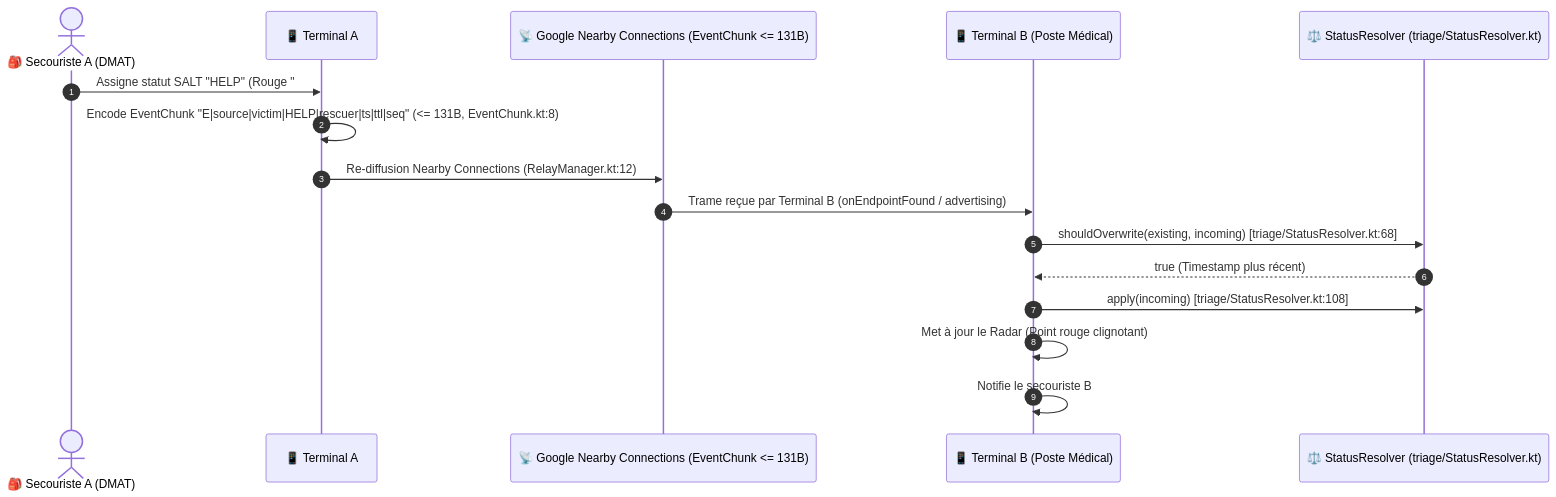
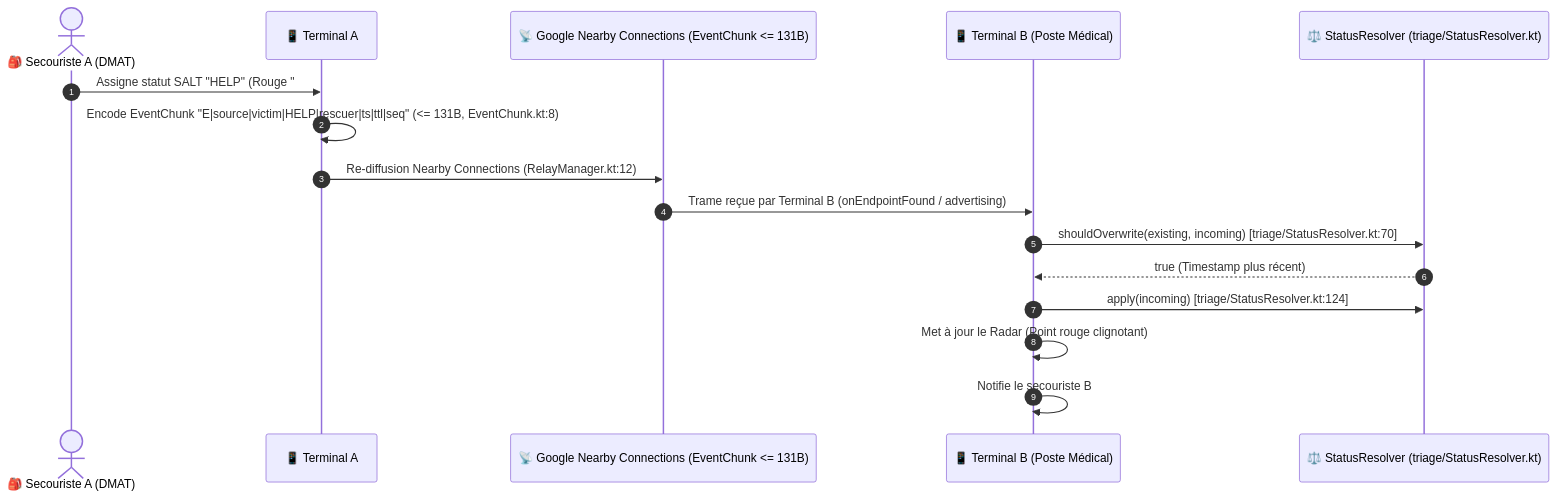
One commit to kurodohenroonsen/JemmaPass changed diagram 16 of 21 in docs/DOCUMENTATION_UML_FONCTIONNELLE.md. Above: the diagram before and after it, drawn with Mermaid. The commit also changed other lines of this file and 2 other files, not shown here.

Commit message:
docs: apply review 0046, harmonize citations with SD-22 and add check_citations.py validation

````diff
--- a/docs/DOCUMENTATION_UML_FONCTIONNELLE.md
+++ b/docs/DOCUMENTATION_UML_FONCTIONNELLE.md
@@ -763,19 +766,19 @@
 ```mermaid
 sequenceDiagram
     autonumber
     actor SecouristeA as 🎒 Secouriste A (DMAT)
     participant PhoneA as 📱 Terminal A
     participant Nearby as 📡 Google Nearby Connections (EventChunk <= 131B)
     participant PhoneB as 📱 Terminal B (Poste Médical)
     participant ResolverB as ⚖️ StatusResolver (triage/StatusResolver.kt)
 
     SecouristeA->>PhoneA: Assigne statut SALT "HELP" (Rouge "#F44336") pour Victime Haru
     PhoneA->>PhoneA: Encode EventChunk "E|source|victim|HELP|rescuer|ts|ttl|seq" (<= 131B, EventChunk.kt:8)
     PhoneA->>Nearby: Re-diffusion Nearby Connections (RelayManager.kt:12)
     Nearby->>PhoneB: Trame reçue par Terminal B (onEndpointFound / advertising)
-    PhoneB->>ResolverB: shouldOverwrite(existing, incoming) [triage/StatusResolver.kt:68]
+    PhoneB->>ResolverB: shouldOverwrite(existing, incoming) [triage/StatusResolver.kt:70]
     ResolverB-->>PhoneB: true (Timestamp plus récent)
-    PhoneB->>ResolverB: apply(incoming) [triage/StatusResolver.kt:108]
+    PhoneB->>ResolverB: apply(incoming) [triage/StatusResolver.kt:124]
     PhoneB->>PhoneB: Met à jour le Radar (Point rouge clignotant)
     PhoneB->>PhoneB: Notifie le secouriste B
 ```
````
